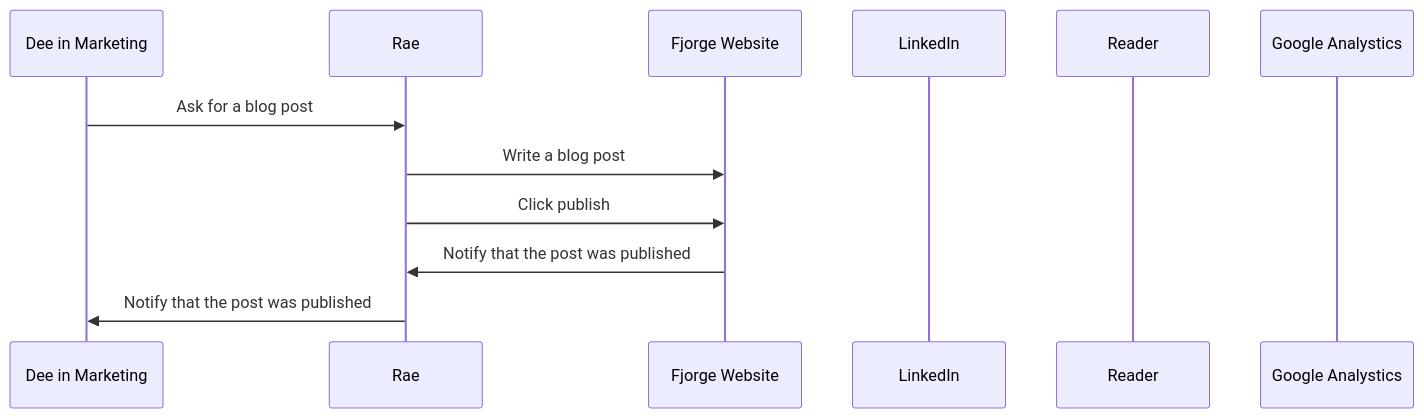
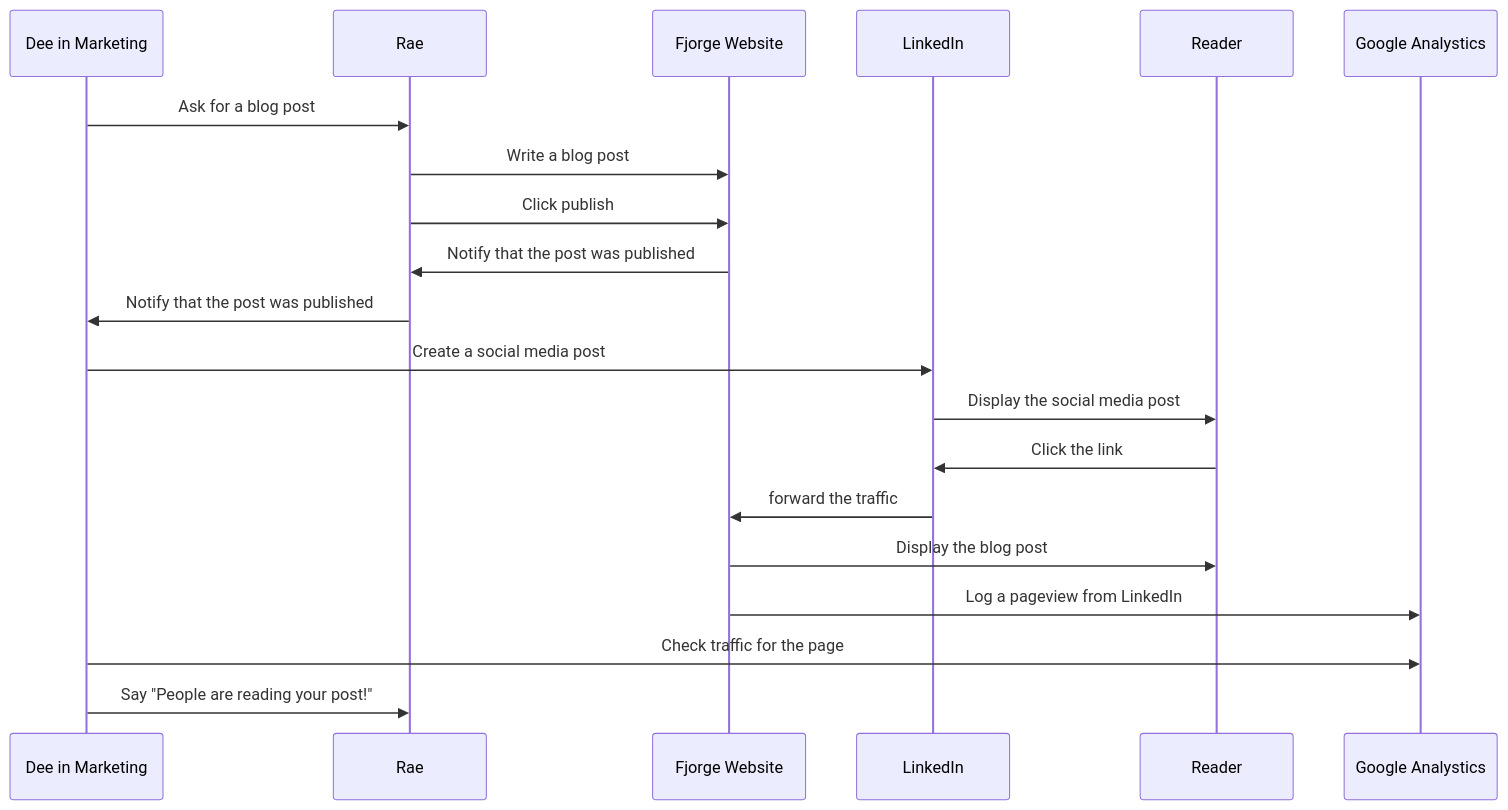
One commit to dangxuanloc/mermaid-diagram changed the diagram in README.md. Above: the diagram before and after it, drawn with Mermaid.

````diff
--- a/README.md
+++ b/README.md
@@ -1,15 +1,22 @@
 ```mermaid
 sequenceDiagram
     participant Dee in Marketing
     participant Rae
     participant Fjorge Website
     participant LinkedIn
     participant Reader
     participant Google Analystics
     Dee in Marketing->>Rae: Ask for a blog post
     Rae->>Fjorge Website: Write a blog post
     Rae->>Fjorge Website: Click publish
     Fjorge Website->>Rae: Notify that the post was published
     Rae ->>Dee in Marketing: Notify that the post was published
-
+    Dee in Marketing ->>LinkedIn: Create a social media post
+    LinkedIn ->>Reader: Display the social media post
+    Reader ->>LinkedIn: Click the link
+    LinkedIn ->>Fjorge Website: forward the traffic
+    Fjorge Website ->>Reader: Display the blog post
+    Fjorge Website ->>Google Analystics: Log a pageview from LinkedIn
+    Dee in Marketing ->>Google Analystics: Check traffic for the page
+    Dee in Marketing ->>Rae: Say "People are reading your post!"
 ```
````
